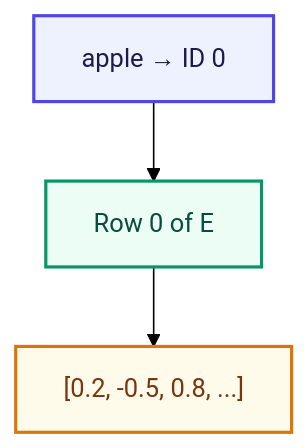
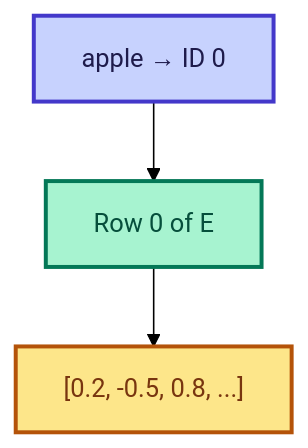
One commit to bhNibir/build-own-llm changed the diagram in content/docs/part-06-neural-lm/01-embedding.mdx. Above: the diagram before and after it, drawn with Mermaid (forest theme). The commit also changed 22 other files, not shown here.

First line of the commit message:
Refactor Mermaid and diagram styles for improved readability and consistency

````diff
--- a/content/docs/part-06-neural-lm/01-embedding.mdx
+++ b/content/docs/part-06-neural-lm/01-embedding.mdx
@@ -21,8 +21,8 @@
 ```mermaid
 flowchart TD
     A["apple → ID 0"]:::input --> B["Row 0 of E"]:::lookup
     B --> C["[0.2, -0.5, 0.8, ...]"]:::vector
-    classDef input fill:#EEF2FF,color:#1E1B4B,stroke:#4F46E5,stroke-width:2px
-    classDef lookup fill:#ECFDF5,color:#064E3B,stroke:#059669,stroke-width:2px
-    classDef vector fill:#FFFBEB,color:#78350F,stroke:#D97706,stroke-width:2px
+    classDef input fill:#C7D2FE,color:#1E1B4B,stroke:#4338CA,stroke-width:2.5px
+    classDef lookup fill:#A7F3D0,color:#064E3B,stroke:#047857,stroke-width:2.5px
+    classDef vector fill:#FDE68A,color:#78350F,stroke:#B45309,stroke-width:2.5px
 ```
````
